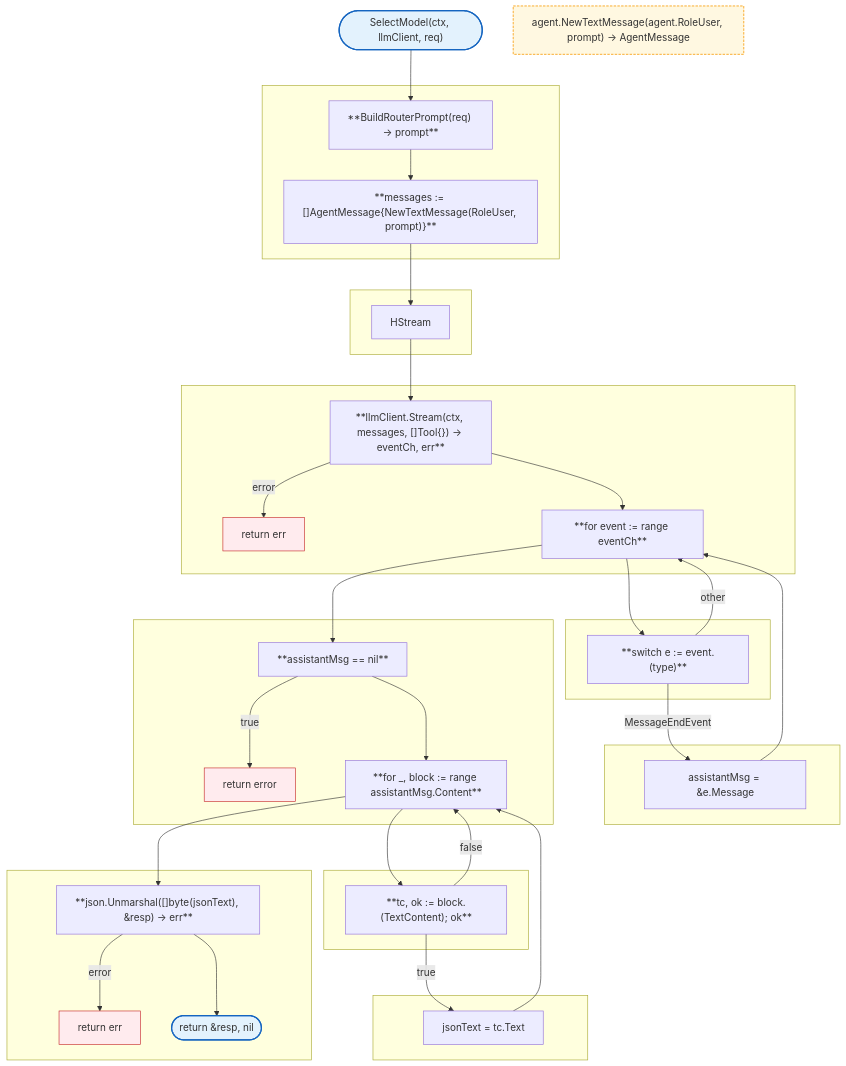
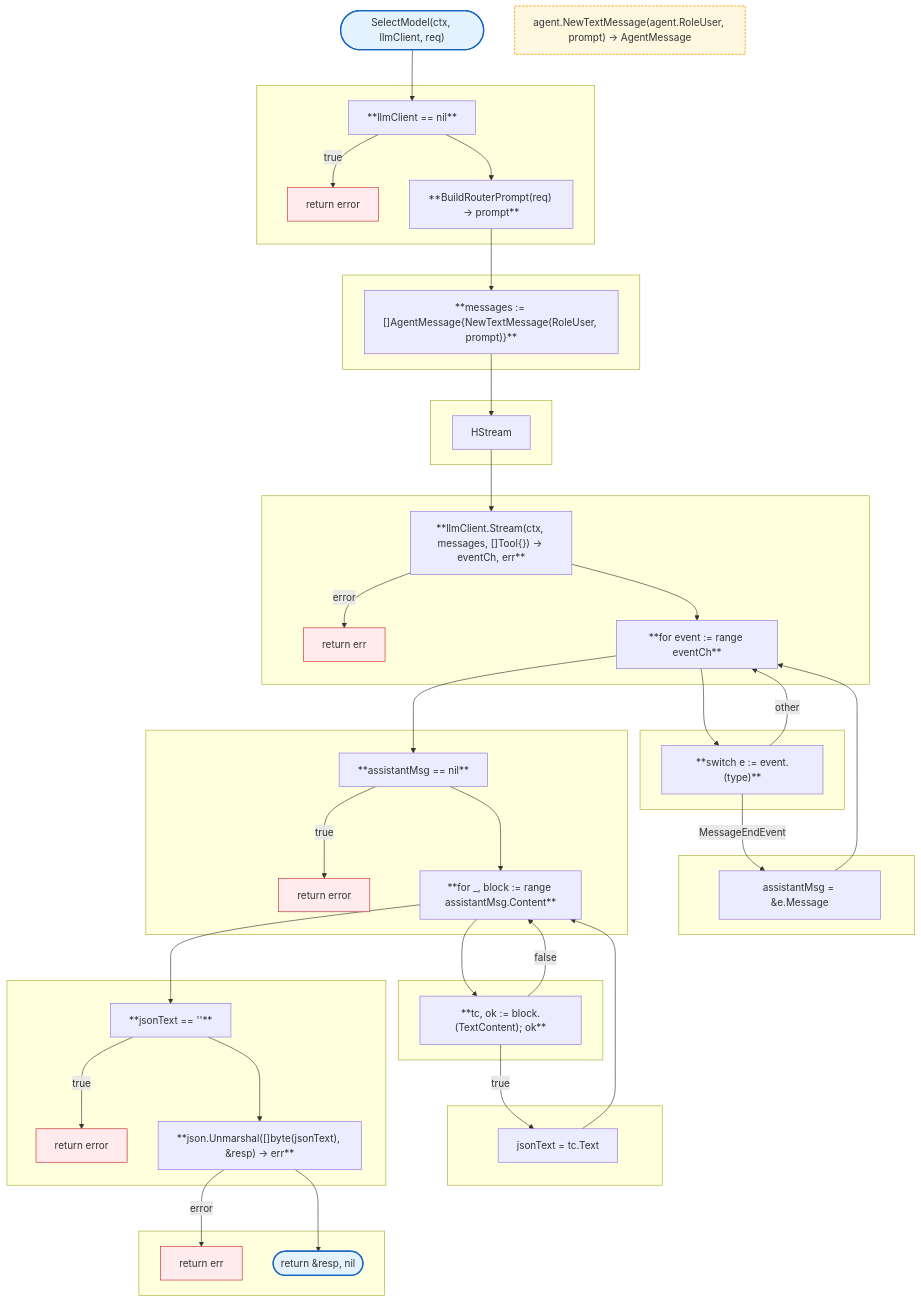
One commit to radch-ai/ava changed the first of 2 diagrams in docs/internal/llm-proxy/router.md. Above: the diagram before and after it, drawn with Mermaid. The commit also changed other lines of this file and 23 other files, not shown here.

First line of the commit message:
docs: replace Functions sections with separate flowcharts for each function

````diff
--- a/docs/internal/llm-proxy/router.md
+++ b/docs/internal/llm-proxy/router.md
@@ -7,6 +7,12 @@
 ```mermaid
 flowchart TB
-    Start(["SelectModel(ctx, llmClient, req)"]) --> HBuildPrompt
+    Start(["SelectModel(ctx, llmClient, req)"]) --> HCheckClient
+
+    subgraph SGCheckClient [" "]
+        HCheckClient["**llmClient == nil**"]
+        HCheckClient -->|true| E1["return error"]
+        HCheckClient --> HBuildPrompt
+    end
 
     subgraph SGBuildPrompt [" "]
         HBuildPrompt["**BuildRouterPrompt(req) → prompt**"]
@@ -22,7 +28,7 @@
 
     subgraph SGLLMStream [" "]
         HLLMStream["**llmClient.Stream(ctx, messages, []Tool{}) → eventCh, err**"]
-        HLLMStream -->|error| E1["return err"]
+        HLLMStream -->|error| E2["return err"]
         HLLMStream --> HCollect
     end
 
@@ -42,7 +48,7 @@
 
     subgraph SGNilCheck [" "]
         HNilCheck["**assistantMsg == nil**"]
-        HNilCheck -->|true| E2["return error"]
+        HNilCheck -->|true| E3["return error"]
         HNilCheck --> HExtractJSON
     end
 
@@ -58,12 +64,18 @@
         HSetJSON --> HExtractJSON
     end
 
-    HExtractJSON --> HUnmarshal
+    HExtractJSON --> HCheckEmpty
+
+    subgraph SGCheckEmpty [" "]
+        HCheckEmpty["**jsonText == ''**"]
+        HCheckEmpty -->|true| E4["return error"]
+        HCheckEmpty --> HUnmarshal
+    end
 
     subgraph SGUnmarshal [" "]
         HUnmarshal["**json.Unmarshal([]byte(jsonText), &resp) → err**"]
-        HUnmarshal -->|error| E3["return err"]
-        HUnmarshal --> Done(["return &resp, nil"])
+        HUnmarshal -->|error| E5["return err"]
+        HUnmarshal --> Return(["return &resp, nil"])
     end
 
     NewTextMessage["agent.NewTextMessage(agent.RoleUser, prompt) → AgentMessage"]
@@ -74,7 +86,7 @@
     classDef localPkgs fill:#fff8e1,stroke:#f9a825,stroke-width:1.5px,stroke-dasharray:4 2
     classDef errorFlow fill:#ffebee,stroke:#c62828,stroke-width:1px
 
-    class Start,Done mainFn
+    class Start,Return mainFn
     class NewTextMessage localPkgs
-    class E1,E2,E3 errorFlow
+    class E1,E2,E3,E4,E5 errorFlow
 ```
````
